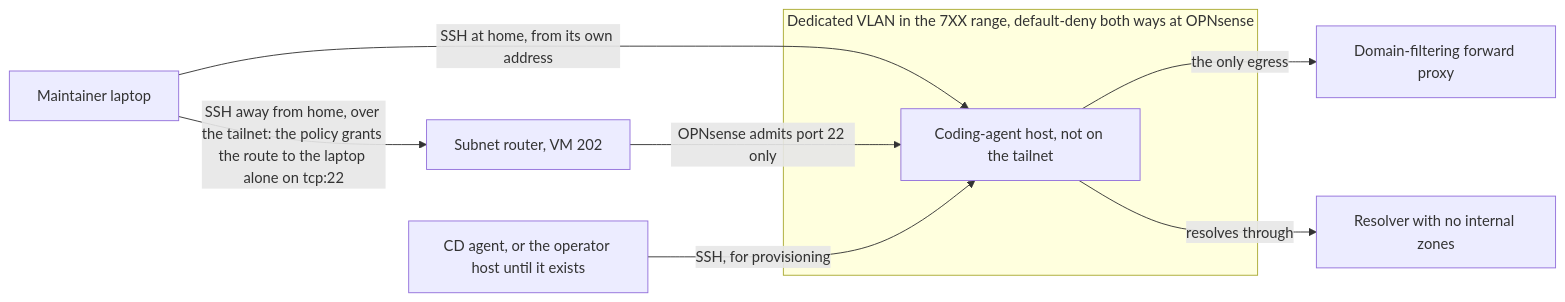
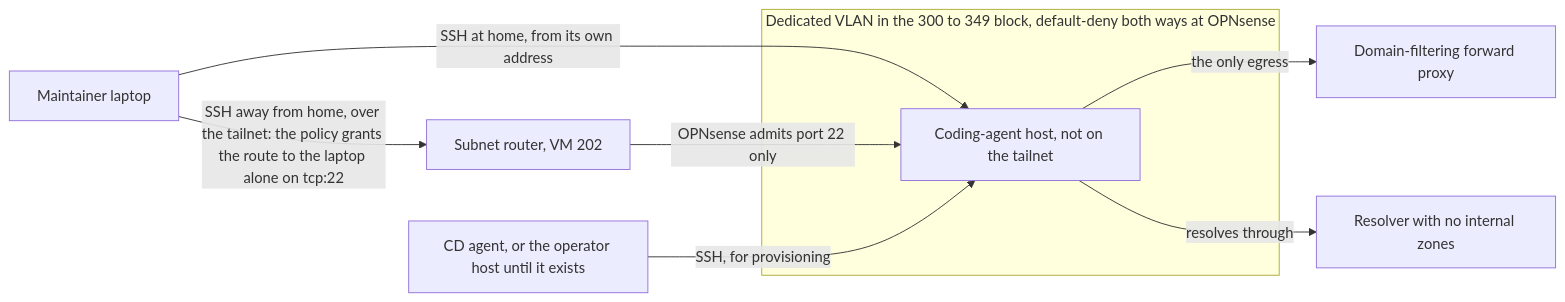
Before and after one commit to wenenhoe/homelab: the diagram in docs/decisions/0053-network-reach-of-the-coding-agent-host/revision-000.md, drawn with Mermaid. The commit also changed other lines of this file and 7 other files, not shown here.

````diff
--- a/docs/decisions/0053-network-reach-of-the-coding-agent-host/revision-000.md
+++ b/docs/decisions/0053-network-reach-of-the-coding-agent-host/revision-000.md
@@ -36,12 +36,12 @@
 ```mermaid
 flowchart LR
     LAP[Maintainer laptop] -->|"SSH at home, from its own address"| H
     LAP -->|"SSH away from home, over the tailnet: the policy grants the route to the laptop alone on tcp:22"| SR["Subnet router, VM 202"]
     SR -->|"OPNsense admits port 22 only"| H
     CD["CD agent, or the operator host until it exists"] -->|"SSH, for provisioning"| H
-    subgraph Z["Dedicated VLAN in the 7XX range, default-deny both ways at OPNsense"]
+    subgraph Z["Dedicated VLAN in the 300 to 349 block, default-deny both ways at OPNsense"]
         H["Coding-agent host, not on the tailnet"]
     end
     H -->|"the only egress"| PX["Domain-filtering forward proxy"]
     H -->|"resolves through"| DNS["Resolver with no internal zones"]
 ```
````
